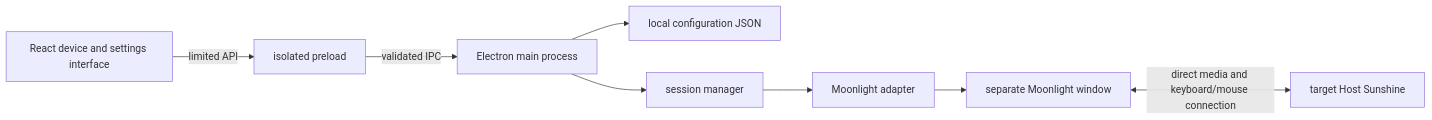
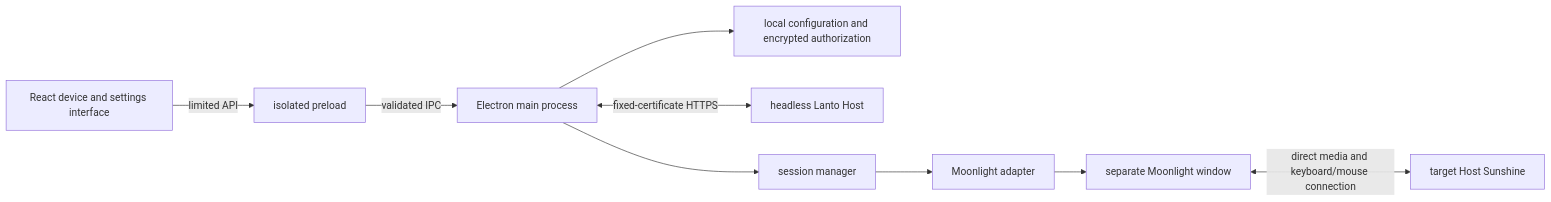
The diagram in docs/architecture.md (omaekumiko3-dev/Lanto), drawn with Mermaid before and after one commit. The commit also changed other lines of this file and 50 other files, not shown here.

Commit message:
feat: add headless Host pairing and modularize controller

````diff
--- a/docs/architecture.md
+++ b/docs/architecture.md
@@ -23,10 +27,11 @@
 ```mermaid
 flowchart LR
     UI[React device and settings interface] -->|limited API| P[isolated preload]
     P -->|validated IPC| M[Electron main process]
-    M --> C[local configuration JSON]
+    M --> C[local configuration and encrypted authorization]
+    M <-->|fixed-certificate HTTPS| B[headless Lanto Host]
     M --> S[session manager]
     S --> A[Moonlight adapter]
     A --> Q[separate Moonlight window]
     Q <-->|direct media and keyboard/mouse connection| H[target Host Sunshine]
 ```
````
